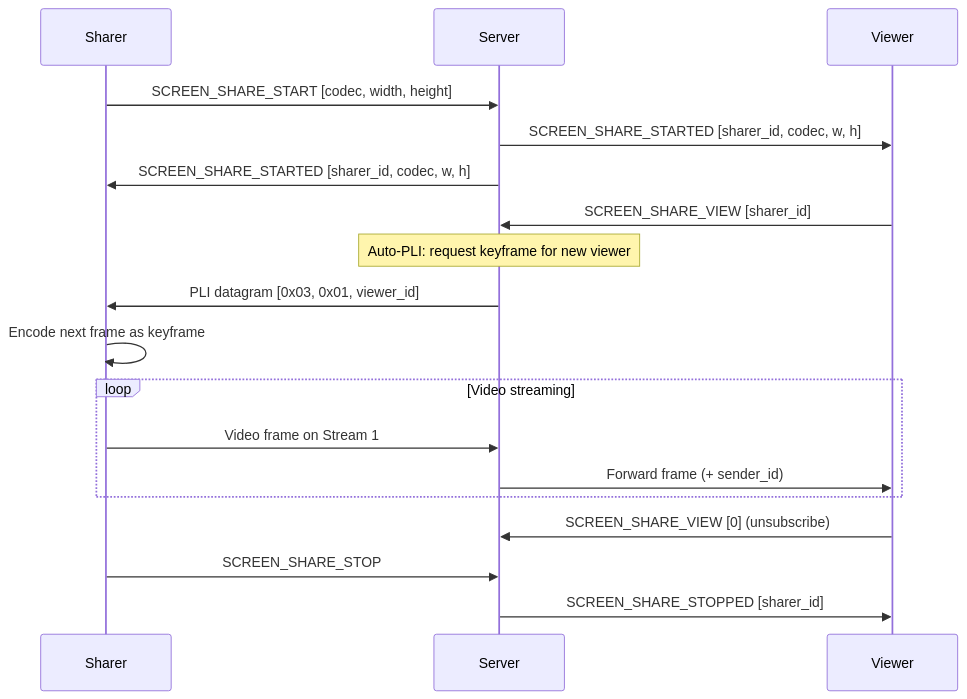
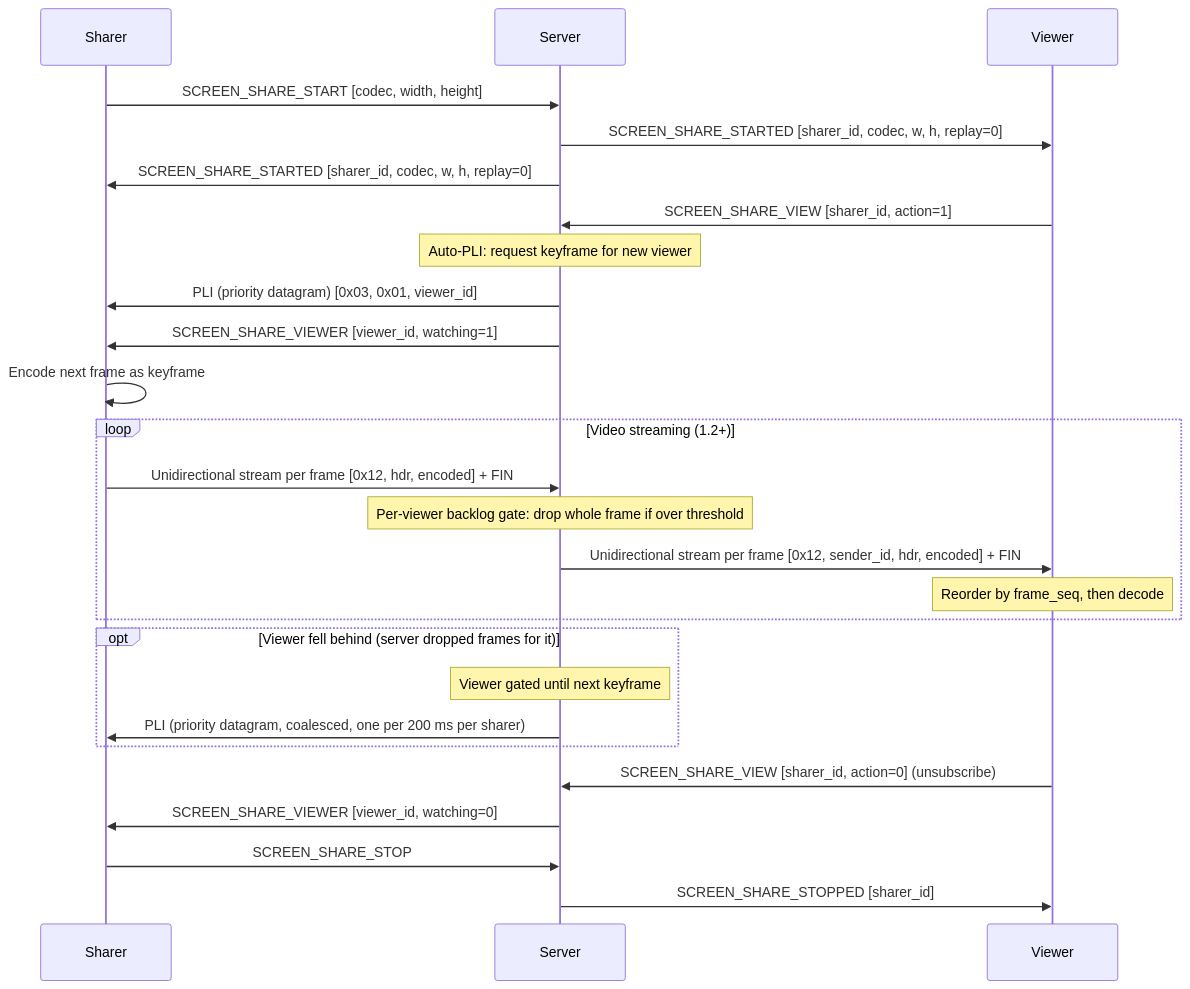
One commit to emcifuntik/parties changed the fourth of 5 diagrams in docs/protocol.md. Above: the diagram before and after it, drawn with Mermaid. The commit also changed other lines of this file and 46 other files, not shown here.

````diff
--- a/docs/protocol.md
+++ b/docs/protocol.md
@@ -428,24 +614,33 @@
 ```mermaid
 sequenceDiagram
     participant Sharer as Sharer
     participant Server as Server
     participant Viewer as Viewer
 
     Sharer->>Server: SCREEN_SHARE_START [codec, width, height]
-    Server->>Viewer: SCREEN_SHARE_STARTED [sharer_id, codec, w, h]
-    Server->>Sharer: SCREEN_SHARE_STARTED [sharer_id, codec, w, h]
+    Server->>Viewer: SCREEN_SHARE_STARTED [sharer_id, codec, w, h, replay=0]
+    Server->>Sharer: SCREEN_SHARE_STARTED [sharer_id, codec, w, h, replay=0]
 
-    Viewer->>Server: SCREEN_SHARE_VIEW [sharer_id]
+    Viewer->>Server: SCREEN_SHARE_VIEW [sharer_id, action=1]
     Note over Server: Auto-PLI: request keyframe for new viewer
-    Server->>Sharer: PLI datagram [0x03, 0x01, viewer_id]
+    Server->>Sharer: PLI (priority datagram) [0x03, 0x01, viewer_id]
+    Server->>Sharer: SCREEN_SHARE_VIEWER [viewer_id, watching=1]
     Sharer->>Sharer: Encode next frame as keyframe
 
-    loop Video streaming
-        Sharer->>Server: Video frame on Stream 1
-        Server->>Viewer: Forward frame (+ sender_id)
+    loop Video streaming (1.2+)
+        Sharer->>Server: Unidirectional stream per frame [0x12, hdr, encoded] + FIN
+        Note over Server: Per-viewer backlog gate: drop whole frame if over threshold
+        Server->>Viewer: Unidirectional stream per frame [0x12, sender_id, hdr, encoded] + FIN
+        Note over Viewer: Reorder by frame_seq, then decode
     end
 
-    Viewer->>Server: SCREEN_SHARE_VIEW [0] (unsubscribe)
+    opt Viewer fell behind (server dropped frames for it)
+        Note over Server: Viewer gated until next keyframe
+        Server->>Sharer: PLI (priority datagram, coalesced, one per 200 ms per sharer)
+    end
+
+    Viewer->>Server: SCREEN_SHARE_VIEW [sharer_id, action=0] (unsubscribe)
+    Server->>Sharer: SCREEN_SHARE_VIEWER [viewer_id, watching=0]
     Sharer->>Server: SCREEN_SHARE_STOP
     Server->>Viewer: SCREEN_SHARE_STOPPED [sharer_id]
 ```
````
